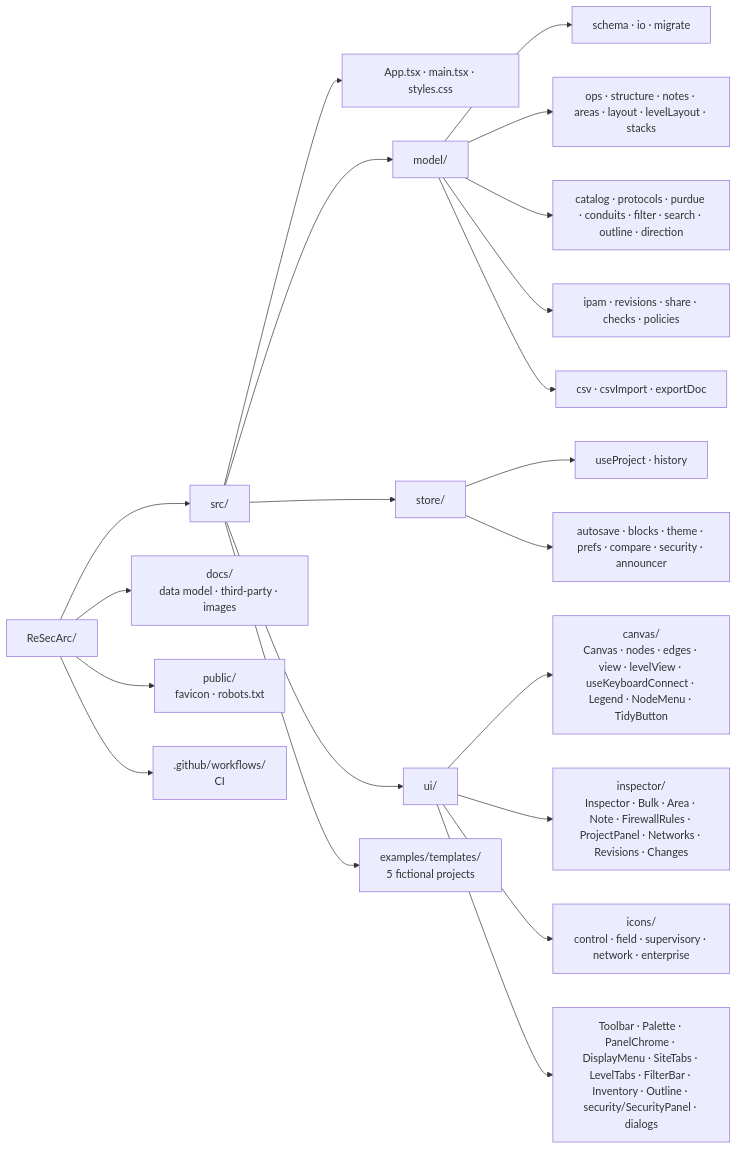
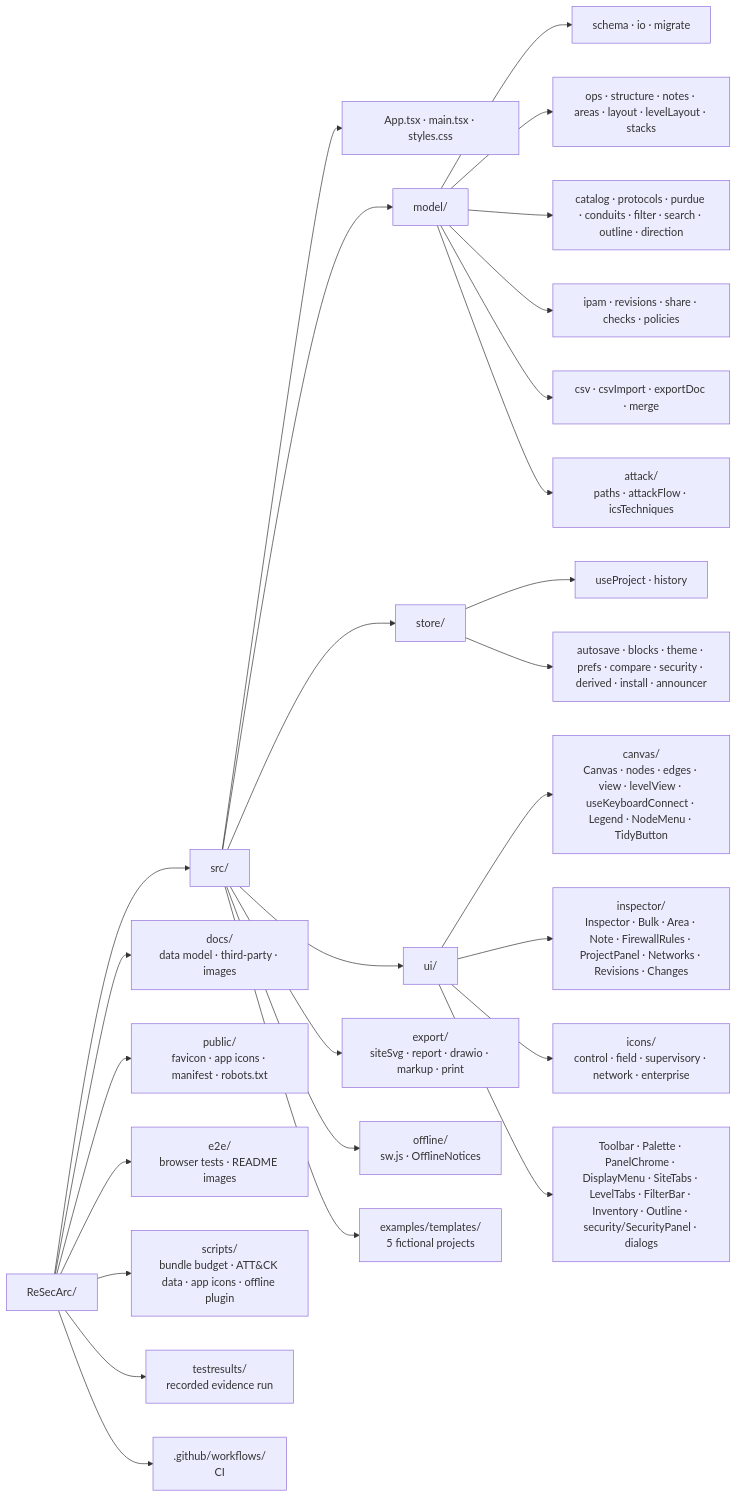
Before and after one commit to vijaykumargowdakk/ReSecArc: the tenth of 32 diagrams in README.md, drawn with Mermaid. The commit also changed other lines of this file and 18 other files, not shown here.

Commit message:
Retake the README screenshots with a script; bring the README's numbers, source map and timeline up to date

````diff
--- a/README.md
+++ b/README.md
@@ -500,23 +500,29 @@
 ```mermaid
 flowchart LR
     R["ReSecArc/"] --> SRC["src/"]
     R --> DOCS["docs/<br/>data model · third-party · images"]
-    R --> PUB["public/<br/>favicon · robots.txt"]
+    R --> PUB["public/<br/>favicon · app icons · manifest · robots.txt"]
+    R --> E2E["e2e/<br/>browser tests · README images"]
+    R --> SCR["scripts/<br/>bundle budget · ATT&CK data · app icons · offline plugin"]
+    R --> TR["testresults/<br/>recorded evidence run"]
     R --> GH[".github/workflows/<br/>CI"]
     SRC --> APP["App.tsx · main.tsx · styles.css"]
     SRC --> MODEL["model/"]
     SRC --> STORE["store/"]
     SRC --> UI["ui/"]
+    SRC --> EXP["export/<br/>siteSvg · report · drawio · markup · print"]
+    SRC --> OFF["offline/<br/>sw.js · OfflineNotices"]
     SRC --> EX["examples/templates/<br/>5 fictional projects"]
     MODEL --> MA["schema · io · migrate"]
     MODEL --> MB["ops · structure · notes · areas · layout · levelLayout · stacks"]
     MODEL --> MC["catalog · protocols · purdue · conduits · filter · search · outline · direction"]
     MODEL --> MD["ipam · revisions · share · checks · policies"]
-    MODEL --> ME["csv · csvImport · exportDoc"]
+    MODEL --> ME["csv · csvImport · exportDoc · merge"]
+    MODEL --> MF["attack/<br/>paths · attackFlow · icsTechniques"]
     STORE --> SA["useProject · history"]
-    STORE --> SB["autosave · blocks · theme · prefs · compare · security · announcer"]
+    STORE --> SB["autosave · blocks · theme · prefs · compare · security · derived · install · announcer"]
     UI --> UA["canvas/<br/>Canvas · nodes · edges · view · levelView · useKeyboardConnect · Legend · NodeMenu · TidyButton"]
     UI --> UB["inspector/<br/>Inspector · Bulk · Area · Note · FirewallRules · ProjectPanel · Networks · Revisions · Changes"]
     UI --> UC["icons/<br/>control · field · supervisory · network · enterprise"]
     UI --> UD["Toolbar · Palette · PanelChrome · DisplayMenu · SiteTabs · LevelTabs · FilterBar · Inventory · Outline · security/SecurityPanel · dialogs"]
 ```
````
